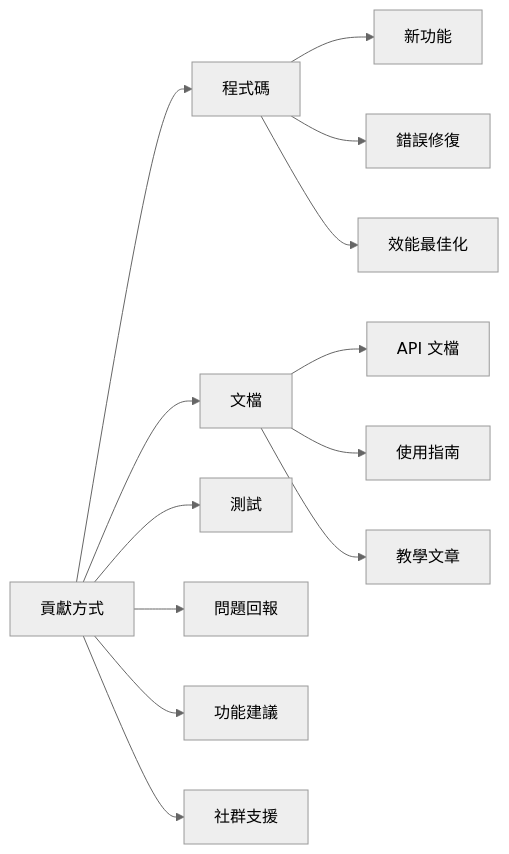
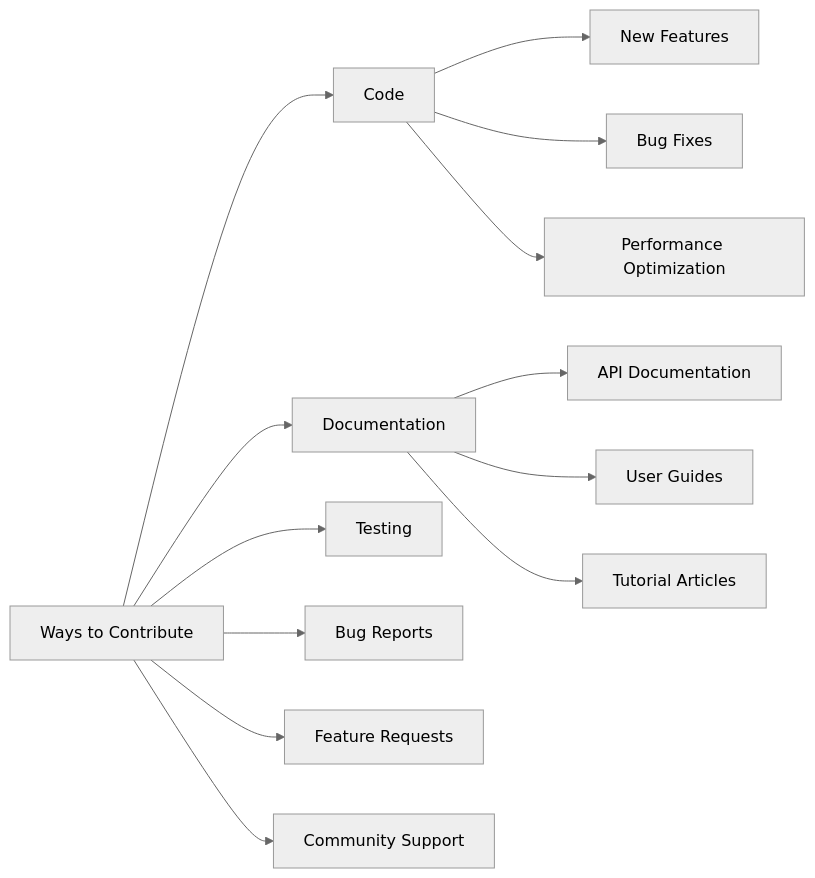
One commit to Gthulhu/docs changed the diagram in docs/contributing.md. Above: the diagram before and after it, drawn with Mermaid (neutral theme). The commit also changed other lines of this file and 29 other files, not shown here.

````diff
--- a/docs/contributing.md
+++ b/docs/contributing.md
@@ -22,17 +22,17 @@
 ```mermaid
 graph LR
-    A[貢獻方式] --> B[程式碼]
-    A --> C[文檔]
-    A --> D[測試]
-    A --> E[問題回報]
-    A --> F[功能建議]
-    A --> G[社群支援]
+    A[Ways to Contribute] --> B[Code]
+    A --> C[Documentation]
+    A --> D[Testing]
+    A --> E[Bug Reports]
+    A --> F[Feature Requests]
+    A --> G[Community Support]
     
-    B --> B1[新功能]
-    B --> B2[錯誤修復]
-    B --> B3[效能最佳化]
+    B --> B1[New Features]
+    B --> B2[Bug Fixes]
+    B --> B3[Performance Optimization]
     
-    C --> C1[API 文檔]
-    C --> C2[使用指南]
-    C --> C3[教學文章]
+    C --> C1[API Documentation]
+    C --> C2[User Guides]
+    C --> C3[Tutorial Articles]
 ```
````
